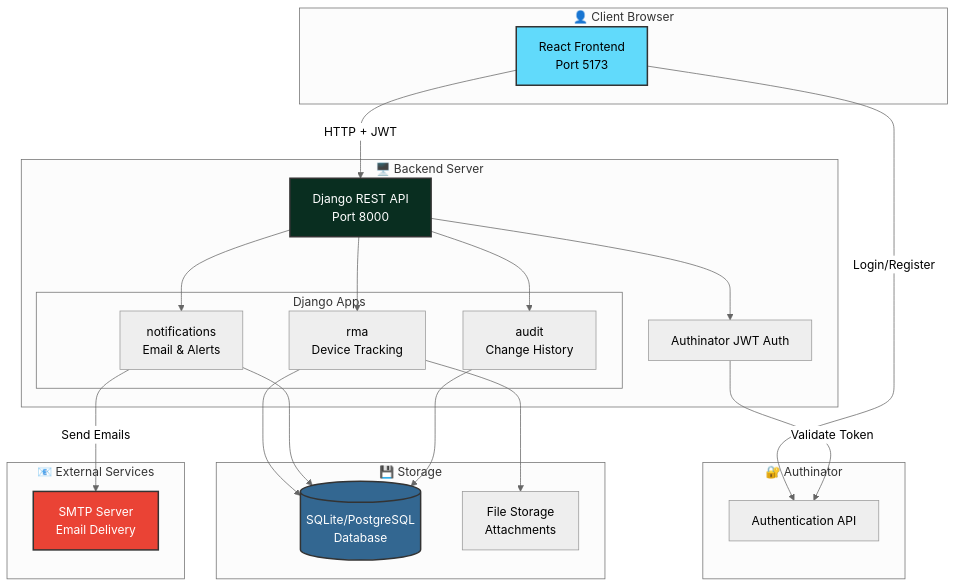
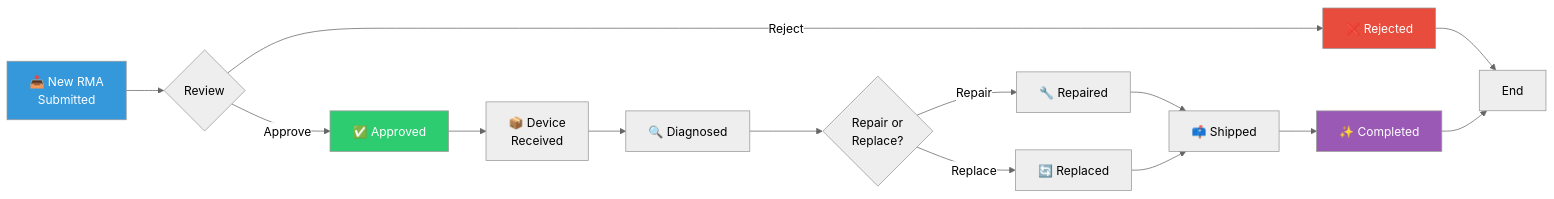
One commit to losomode/RMAinator changed the fourth of 4 diagrams in README.md. Above: the diagram before and after it, drawn with Mermaid (neutral theme). The commit also changed other lines of this file, not shown here.

````diff
--- a/README.md
+++ b/README.md
@@ -344,49 +228,23 @@
 ```mermaid
-graph TB
-    subgraph Client["👤 Client Browser"]
-        UI[React Frontend<br/>Port 5173]
-    end
+graph LR
+    A[📥 New RMA<br/>Submitted] --> B{Review}
+    B -->|Approve| C[✅ Approved]
+    B -->|Reject| D[❌ Rejected]
     
-    subgraph Backend["🖥️ Backend Server"]
-        API[Django REST API<br/>Port 8000]
-        Auth[Authinator JWT Auth]
-        subgraph Apps["Django Apps"]
-            RMA[rma<br/>Device Tracking]
-            Notif[notifications<br/>Email & Alerts]
-            Audit[audit<br/>Change History]
-        end
-    end
+    C --> E[📦 Device<br/>Received]
+    E --> F[🔍 Diagnosed]
+    F --> G{Repair or<br/>Replace?}
+    G -->|Repair| H[🔧 Repaired]
+    G -->|Replace| I[🔄 Replaced]
+    H --> J[📫 Shipped]
+    I --> J
+    J --> K[✨ Completed]
     
-    subgraph AuthService["🔐 Authinator"]
-        AuthAPI[Authentication API]
-    end
+    D --> END[End]
+    K --> END
     
-    subgraph Storage["💾 Storage"]
-        DB[(SQLite/PostgreSQL<br/>Database)]
-        Files[File Storage<br/>Attachments]
-    end
-    
-    subgraph External["📧 External Services"]
-        SMTP[SMTP Server<br/>Email Delivery]
-    end
-    
-    UI -->|HTTP + JWT| API
-    UI -->|Login/Register| AuthAPI
-    API --> Auth
-    Auth -->|Validate Token| AuthAPI
-    API --> RMA
-    API --> Notif
-    API --> Audit
-    
-    RMA --> DB
-    Notif --> DB
-    Audit --> DB
-    
-    RMA --> Files
-    Notif -->|Send Emails| SMTP
-    
-    style UI fill:#61dafb,stroke:#333,stroke-width:2px
-    style API fill:#092e20,stroke:#333,stroke-width:2px,color:#fff
-    style DB fill:#336791,stroke:#333,stroke-width:2px,color:#fff
-    style SMTP fill:#ea4335,stroke:#333,stroke-width:2px,color:#fff
+    style A fill:#3498db,color:#fff
+    style C fill:#2ecc71,color:#fff
+    style D fill:#e74c3c,color:#fff
+    style K fill:#9b59b6,color:#fff
 ```
````
